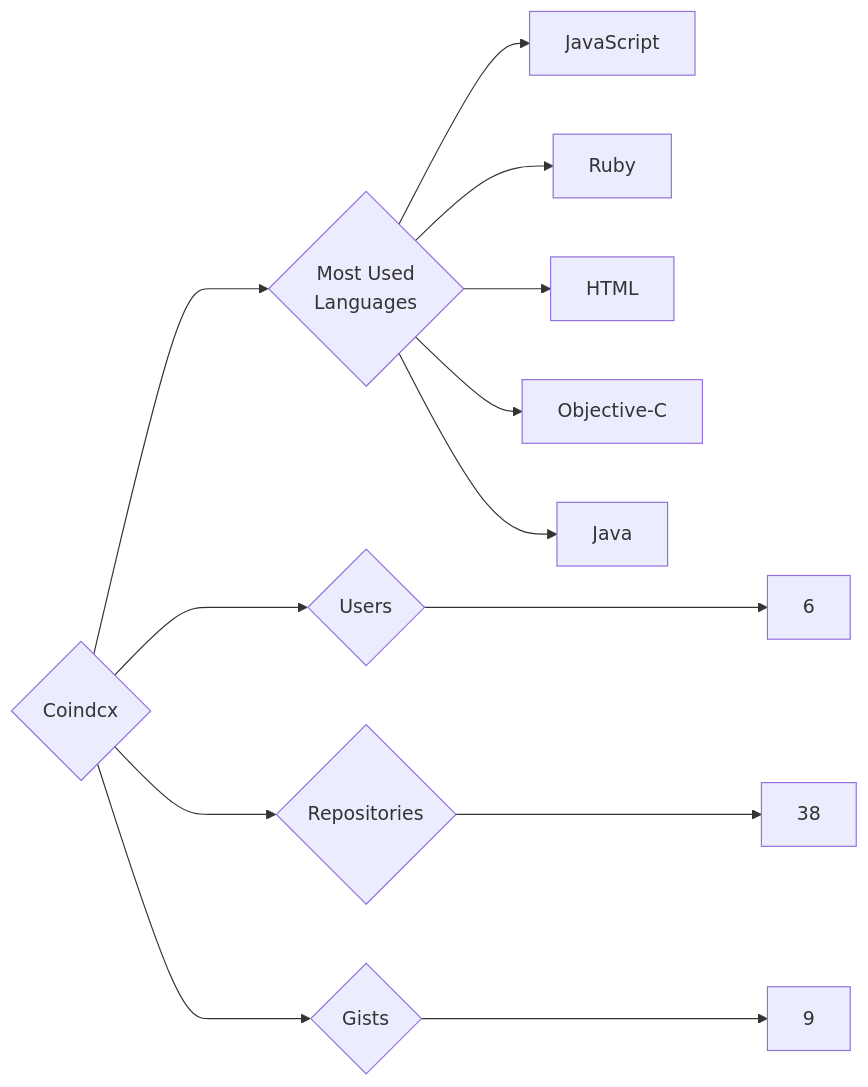
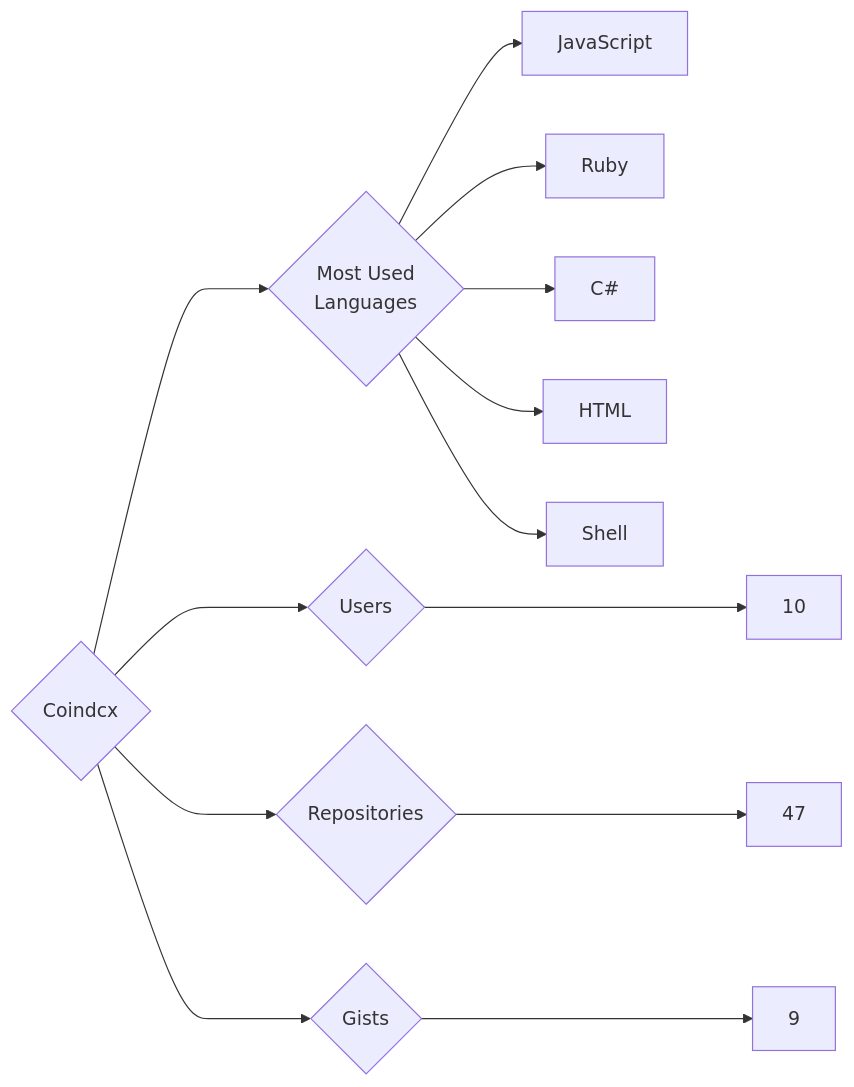
Before and after one commit to trickest/insiders: the diagram in targets/Coindcx/README.md, drawn with Mermaid. The commit also changed 1195 other files, not shown here.

````diff
--- a/targets/Coindcx/README.md
+++ b/targets/Coindcx/README.md
@@ -3,13 +3,13 @@
 ```mermaid
 graph LR
 COMPANY_NAME{Coindcx}
-COMPANY_NAME ---> U{Users} ---> UN[6]
-COMPANY_NAME ---> R{Repositories} ---> RN[38]
+COMPANY_NAME ---> U{Users} ---> UN[10]
+COMPANY_NAME ---> R{Repositories} ---> RN[47]
 COMPANY_NAME ---> G{Gists} ---> GN[9]
 COMPANY_NAME ---> ML{Most Used<br>Languages}
 ML --> JavaScript[JavaScript]
 ML --> Ruby[Ruby]
+ML --> C#[C#]
 ML --> HTML[HTML]
-ML --> Objective-C[Objective-C]
-ML --> Java[Java]
+ML --> Shell[Shell]
 ```
````
